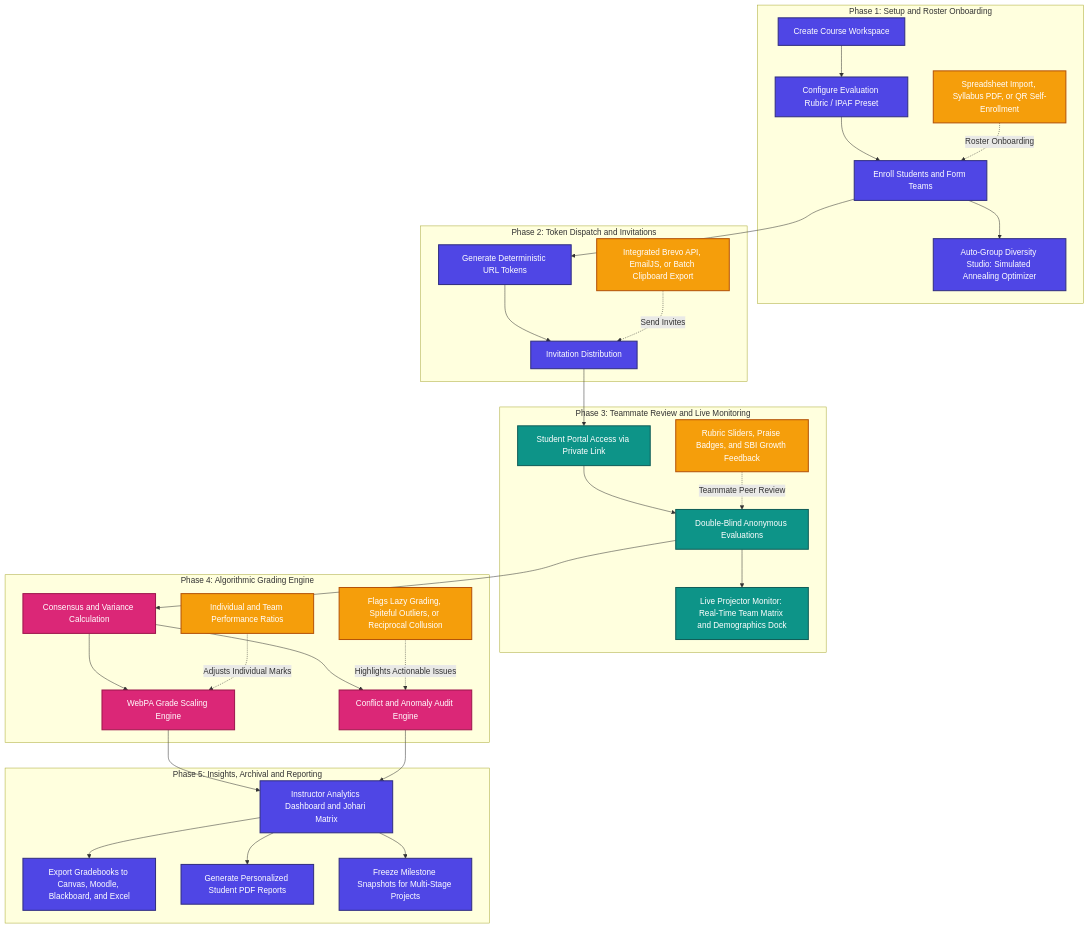
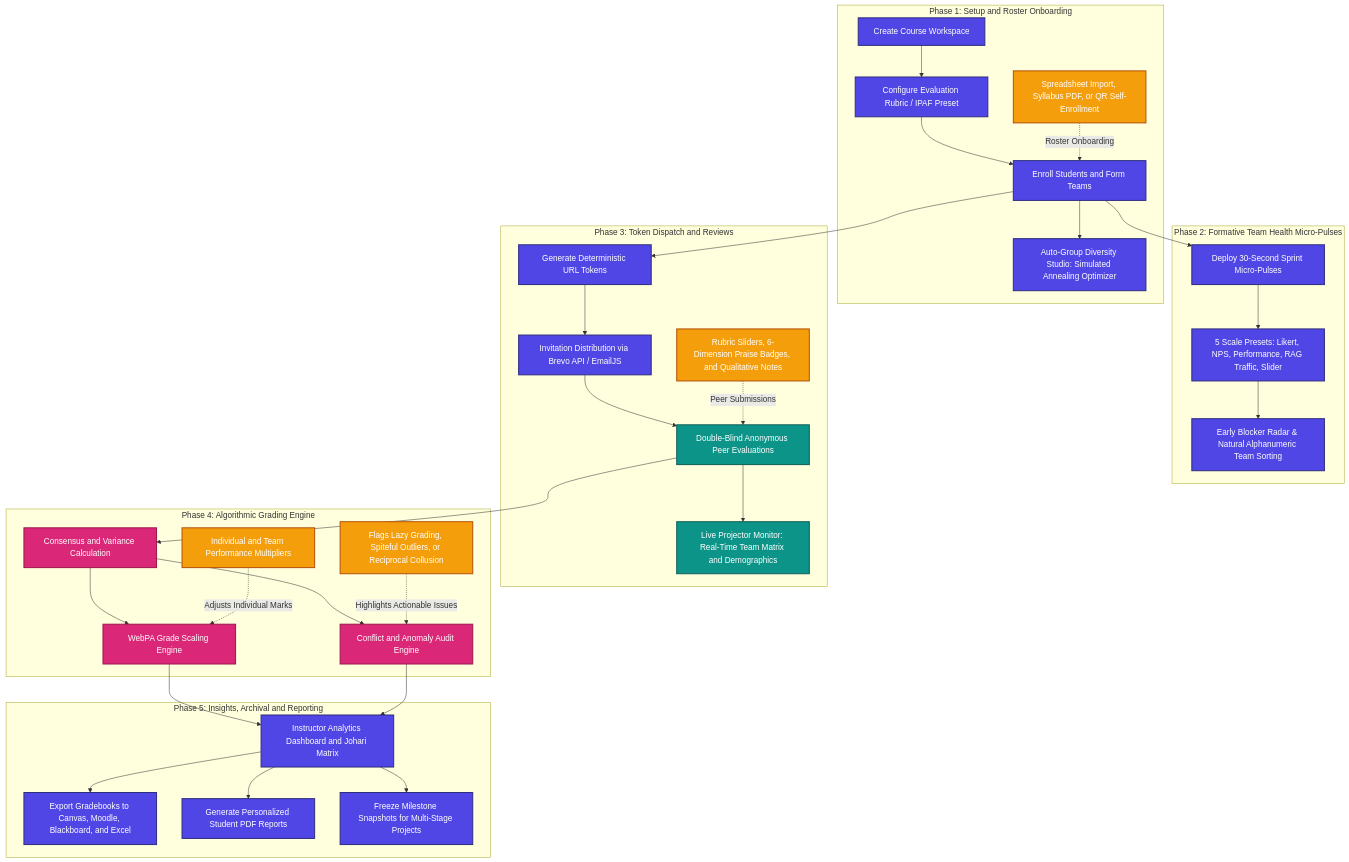
One commit to Dhruu04/PeerLens changed the diagram in README.md. Above: the diagram before and after it, drawn with Mermaid. The commit also changed other lines of this file and 33 other files, not shown here.

Commit message:
feat: complete platform upgrade with Team Pulses, evaluation controls, PWA, and cloud deployment configs

````diff
--- a/README.md
+++ b/README.md
@@ -17,48 +17,49 @@
 ```mermaid
 graph TD
     classDef instructor fill:#4f46e5,stroke:#312e81,stroke-width:2px,color:#fff;
     classDef student fill:#0d9488,stroke:#115e59,stroke-width:2px,color:#fff;
     classDef engine fill:#db2777,stroke:#9d174d,stroke-width:2px,color:#fff;
     classDef file fill:#f59e0b,stroke:#b45309,stroke-width:2px,color:#fff;
 
     subgraph "Phase 1: Setup and Roster Onboarding"
         A[Create Course Workspace] --> B[Configure Evaluation Rubric / IPAF Preset]
         B --> C[Enroll Students and Form Teams]
         C1["Spreadsheet Import, Syllabus PDF, or QR Self-Enrollment"] -.->|Roster Onboarding| C
         C --> C2["Auto-Group Diversity Studio: Simulated Annealing Optimizer"]
     end
     
-    subgraph "Phase 2: Token Dispatch and Invitations"
+    subgraph "Phase 2: Formative Team Health Micro-Pulses"
+        C --> P1["Deploy 30-Second Sprint Micro-Pulses"]
+        P1 --> P2["5 Scale Presets: Likert, NPS, Performance, RAG Traffic, Slider"]
+        P2 --> P3["Early Blocker Radar & Natural Alphanumeric Team Sorting"]
+    end
+
+    subgraph "Phase 3: Token Dispatch and Reviews"
         C --> D[Generate Deterministic URL Tokens]
-        D --> E[Invitation Distribution]
-        E1["Integrated Brevo API, EmailJS, or Batch Clipboard Export"] -.->|Send Invites| E
-    end
-    
-    subgraph "Phase 3: Teammate Review and Live Monitoring"
-        E --> F[Student Portal Access via Private Link]
-        F --> G[Double-Blind Anonymous Evaluations]
-        G1["Rubric Sliders, Praise Badges, and SBI Growth Feedback"] -.->|Teammate Peer Review| G
-        G --> G2["Live Projector Monitor: Real-Time Team Matrix and Demographics Dock"]
+        D --> E[Invitation Distribution via Brevo API / EmailJS]
+        E --> F[Double-Blind Anonymous Peer Evaluations]
+        F1["Rubric Sliders, 6-Dimension Praise Badges, and Qualitative Notes"] -.->|Peer Submissions| F
+        F --> G2["Live Projector Monitor: Real-Time Team Matrix and Demographics"]
     end
 
     subgraph "Phase 4: Algorithmic Grading Engine"
-        G --> H[Consensus and Variance Calculation]
+        F --> H[Consensus and Variance Calculation]
         H --> I[WebPA Grade Scaling Engine]
         H --> J[Conflict and Anomaly Audit Engine]
-        I1["Individual and Team Performance Ratios"] -.->|Adjusts Individual Marks| I
+        I1["Individual and Team Performance Multipliers"] -.->|Adjusts Individual Marks| I
         J1["Flags Lazy Grading, Spiteful Outliers, or Reciprocal Collusion"] -.->|Highlights Actionable Issues| J
     end
 
     subgraph "Phase 5: Insights, Archival and Reporting"
         I --> K[Instructor Analytics Dashboard and Johari Matrix]
         J --> K
         K --> L[Export Gradebooks to Canvas, Moodle, Blackboard, and Excel]
         K --> M[Generate Personalized Student PDF Reports]
         K --> N[Freeze Milestone Snapshots for Multi-Stage Projects]
     end
 
-    class A,B,C,C2,D,E,K,L,M,N instructor;
-    class F,G,G2 student;
+    class A,B,C,C2,D,E,K,L,M,N,P1,P2,P3 instructor;
+    class F,G2 student;
     class H,I,J engine;
-    class C1,E1,G1,I1,J1 file;
+    class C1,F1,I1,J1 file;
 ```
````
